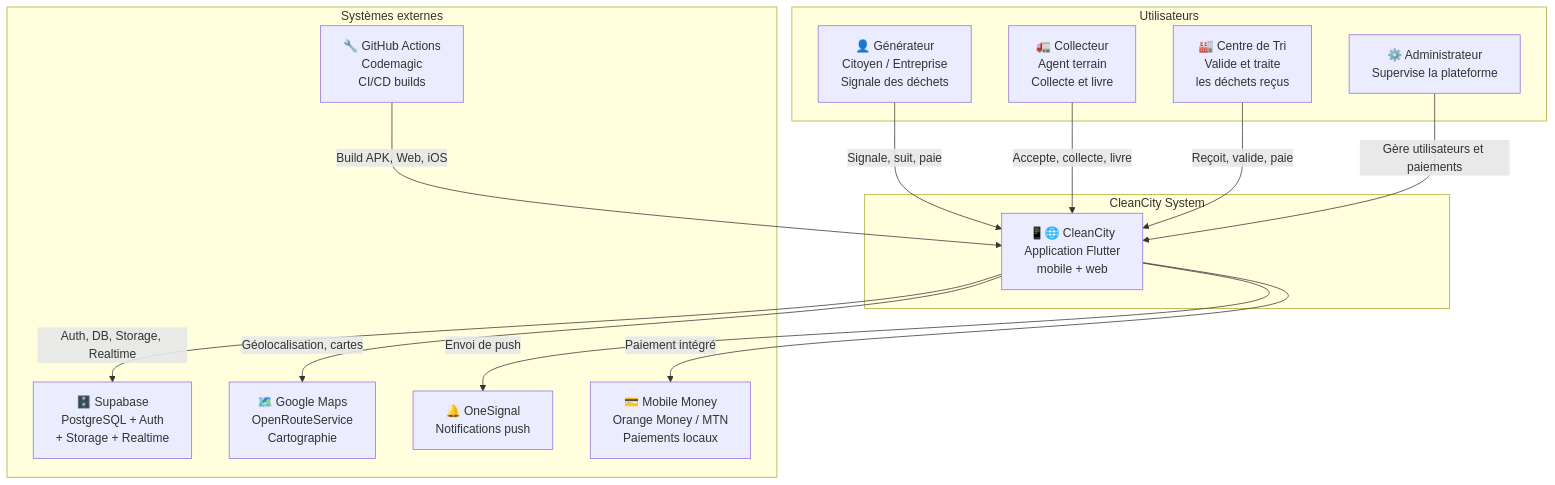
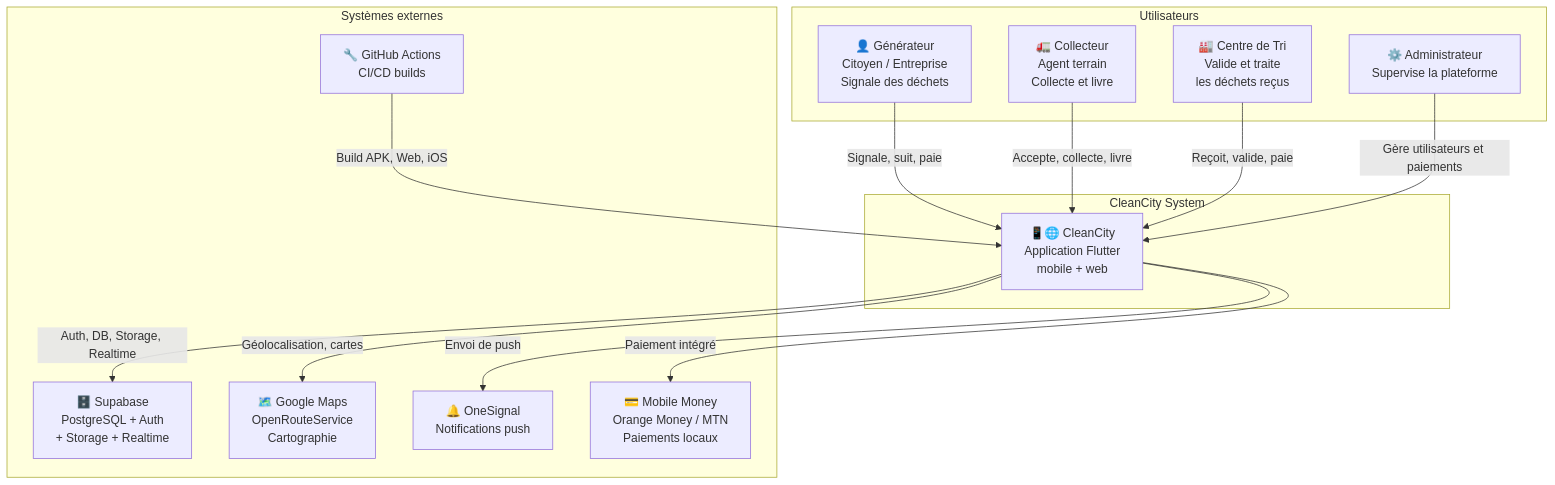
Before and after one commit to juniorharrington13-bot/cleancity2-1: the sixth of 9 diagrams in docs/DIAGRAMMES_UML_C4.md, drawn with Mermaid. The commit also changed 2 other files, not shown here.

Commit message:
Consolidate CI/CD into a single GitHub Actions pipeline
Removes the redundant Codemagic config and splits the GitHub Actions
workflow into a fast analyze/test job (every push/PR) and a separate
build job (macOS, only on push to main) that now injects real secrets
via --dart-define-from-file. Previously every CI-built APK/IPA/web
bundle shipped with an empty SUPABASE_ANON_KEY and could never reach
the backend.

````diff
--- a/docs/DIAGRAMMES_UML_C4.md
+++ b/docs/DIAGRAMMES_UML_C4.md
@@ -429,32 +429,32 @@
 ```mermaid
 graph TB
     subgraph "Utilisateurs"
         GEN_U["👤 Générateur\nCitoyen / Entreprise\nSignale des déchets"]
         COL_U["🚛 Collecteur\nAgent terrain\nCollecte et livre"]
         CTR_U["🏭 Centre de Tri\nValide et traite\nles déchets reçus"]
         ADM_U["⚙️ Administrateur\nSupervise la plateforme"]
     end
 
     subgraph "CleanCity System"
         CC["📱🌐 CleanCity\nApplication Flutter\nmobile + web"]
     end
 
     subgraph "Systèmes externes"
         SUP["🗄️ Supabase\nPostgreSQL + Auth\n+ Storage + Realtime"]
         GMAP["🗺️ Google Maps\nOpenRouteService\nCartographie"]
         ONESIG["🔔 OneSignal\nNotifications push"]
         MOBMONEY["💳 Mobile Money\nOrange Money / MTN\nPaiements locaux"]
-        CICD["🔧 GitHub Actions\nCodemagic\nCI/CD builds"]
+        CICD["🔧 GitHub Actions\nCI/CD builds"]
     end
 
     GEN_U -->|Signale, suit, paie| CC
     COL_U -->|Accepte, collecte, livre| CC
     CTR_U -->|Reçoit, valide, paie| CC
     ADM_U -->|Gère utilisateurs et paiements| CC
 
     CC -->|Auth, DB, Storage, Realtime| SUP
     CC -->|Géolocalisation, cartes| GMAP
     CC -->|Envoi de push| ONESIG
     CC -->|Paiement intégré| MOBMONEY
     CICD -->|Build APK, Web, iOS| CC
 ```
````
